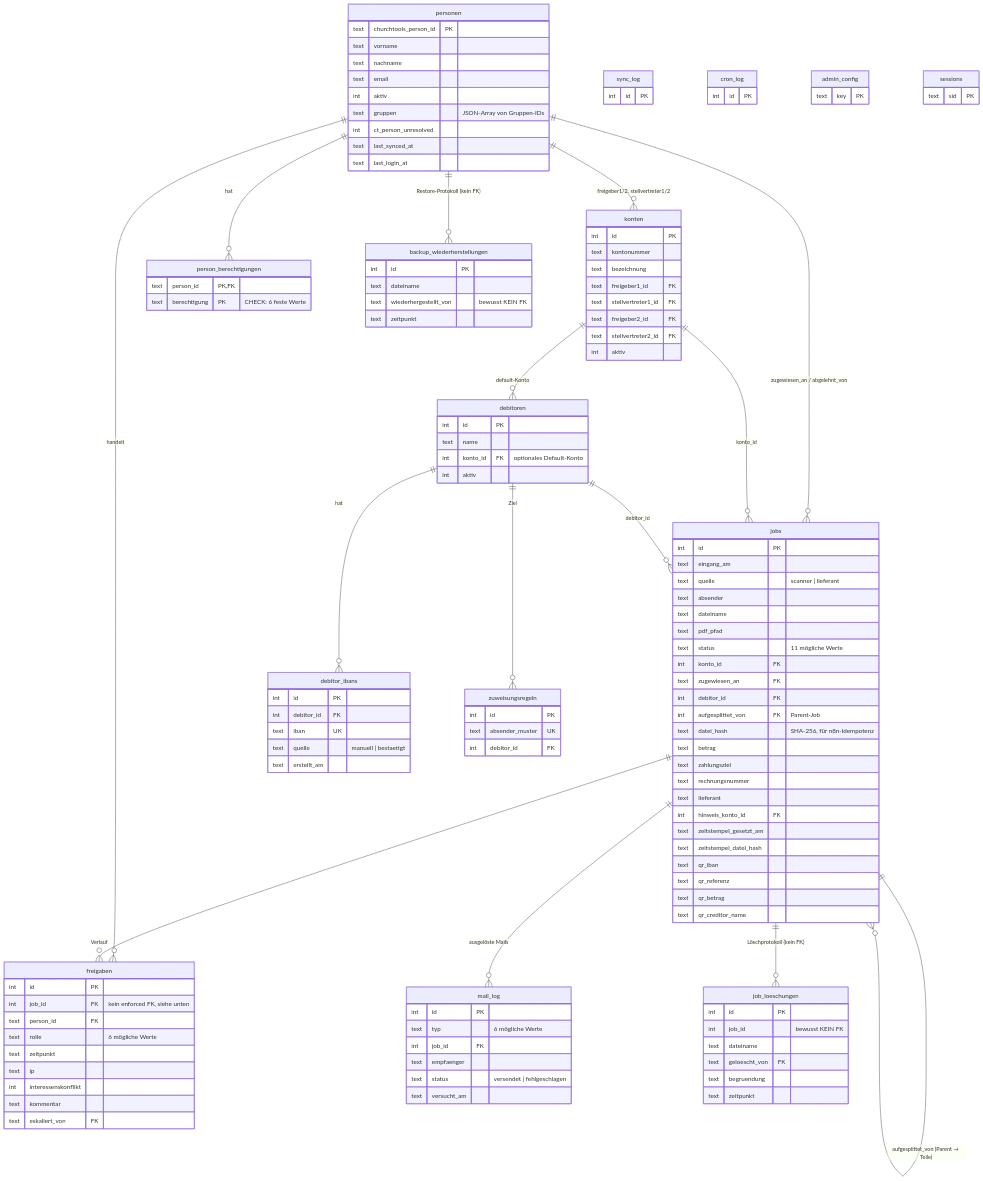
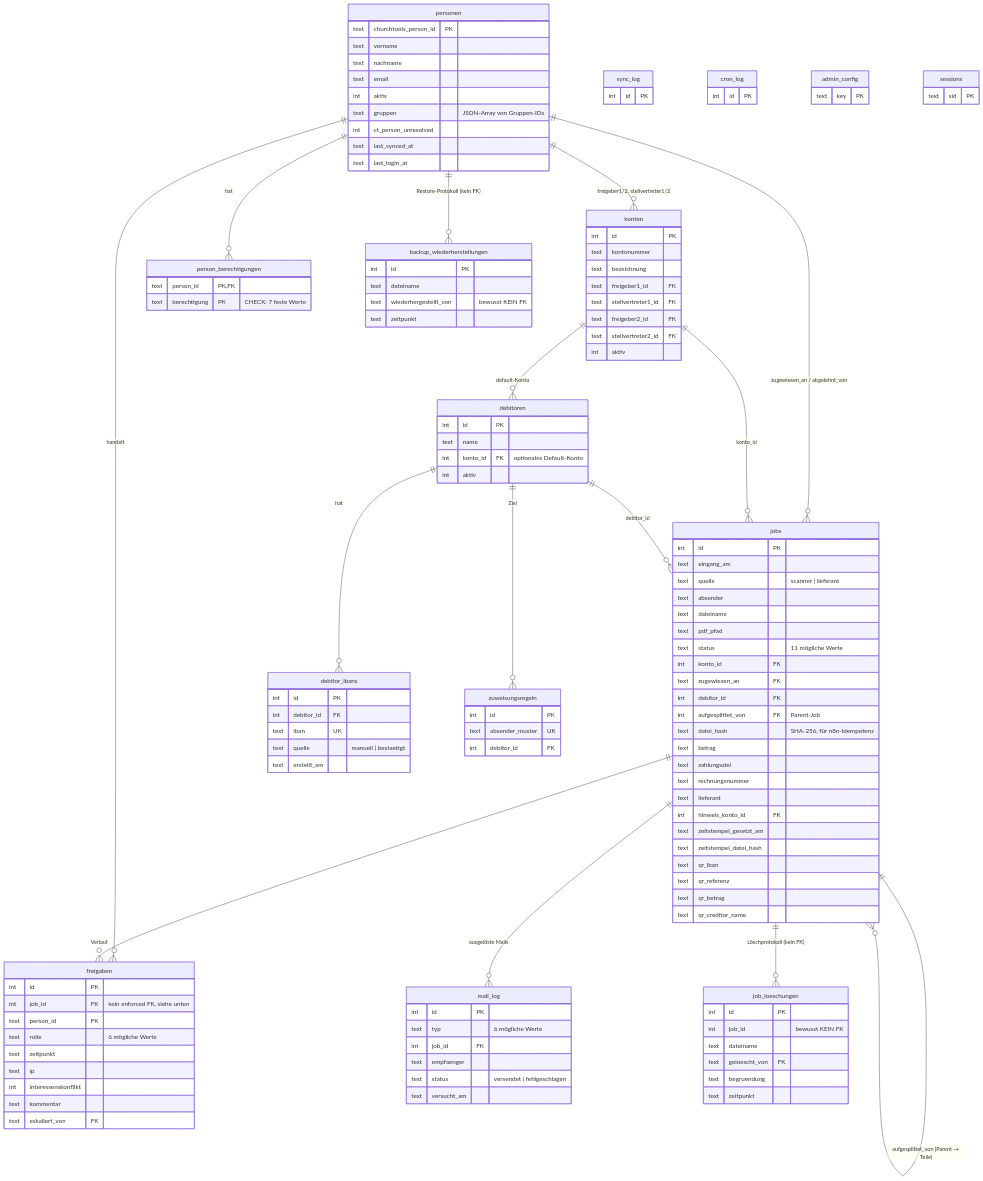
The diagram in docs/datenmodell.md (rony326/freigabeportal), drawn with Mermaid before and after one commit. The commit also changed other lines of this file and 3 other files, not shown here.

```diff
--- a/docs/datenmodell.md
+++ b/docs/datenmodell.md
@@ -36,7 +36,7 @@
     }
     person_berechtigungen {
         text person_id PK,FK
-        text berechtigung PK "CHECK: 6 feste Werte"
+        text berechtigung PK "CHECK: 7 feste Werte"
     }
     konten {
         int id PK
```
